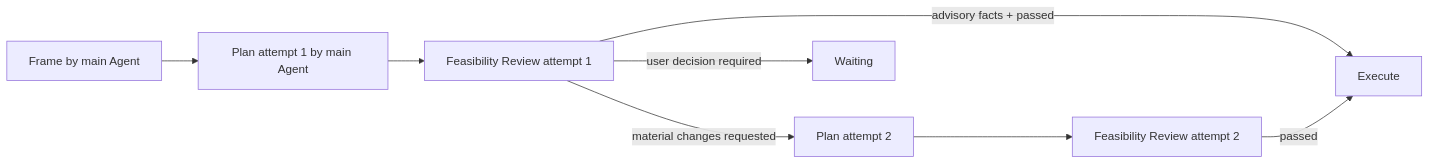
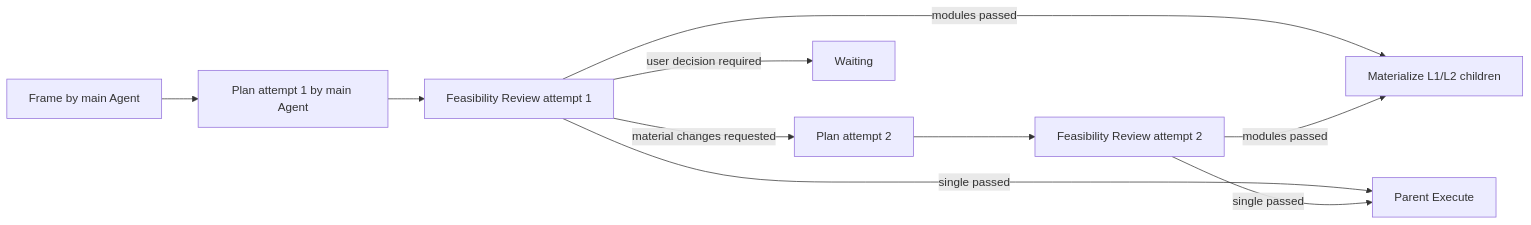
One commit to ttizzyf/taskcraft changed the fourth of 5 diagrams in development/specs/lifecycle.md. Above: the diagram before and after it, drawn with Mermaid. The commit also changed other lines of this file and 28 other files, not shown here.

````diff
--- a/development/specs/lifecycle.md
+++ b/development/specs/lifecycle.md
@@ -278,10 +311,12 @@
 ```mermaid
 flowchart LR
     F[Frame by main Agent] --> P1[Plan attempt 1 by main Agent]
     P1 --> V1[Feasibility Review attempt 1]
-    V1 -- advisory facts + passed --> E[Execute]
+    V1 -- modules passed --> C[Materialize L1/L2 children]
+    V1 -- single passed --> E[Parent Execute]
     V1 -- material changes requested --> P2[Plan attempt 2]
     P2 --> V2[Feasibility Review attempt 2]
-    V2 -- passed --> E
+    V2 -- modules passed --> C
+    V2 -- single passed --> E
     V1 -- user decision required --> W[Waiting]
 ```
````
